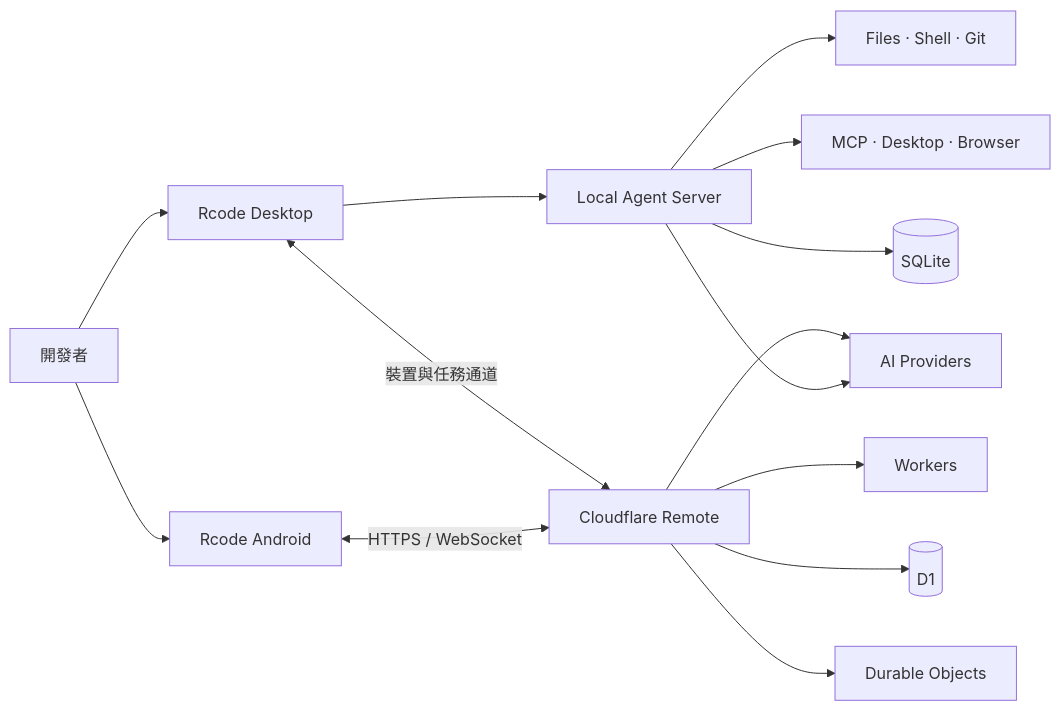
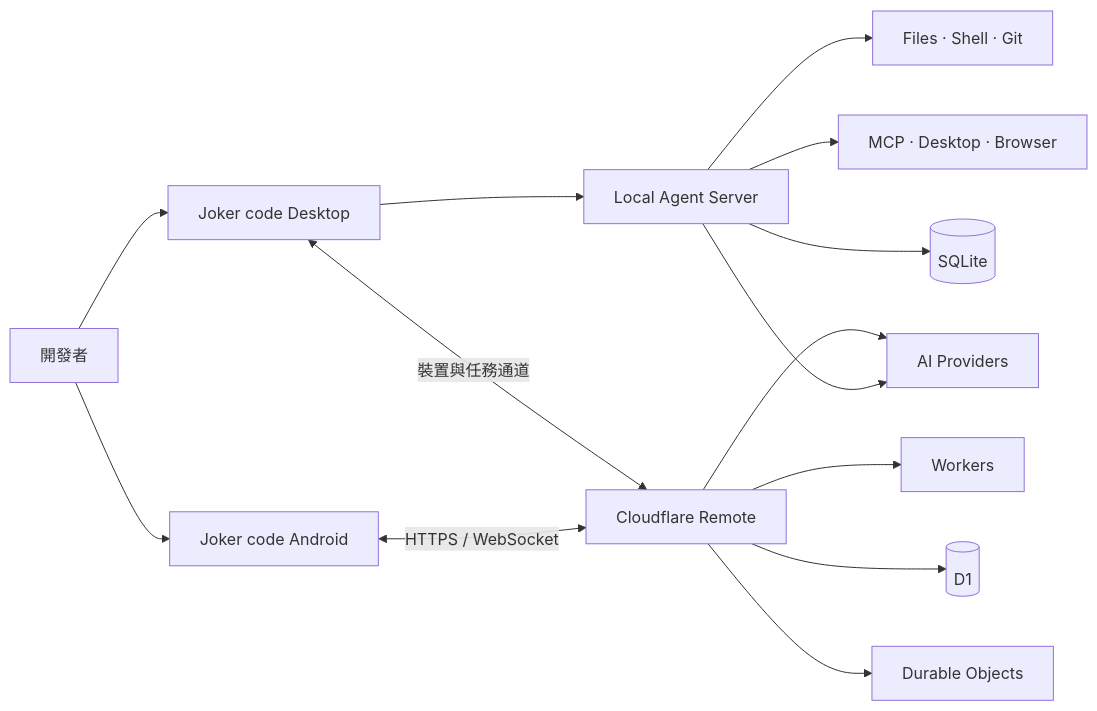
The diagram in README.zh-TW.md (kdczyz/Joker), drawn with Mermaid before and after one commit. The commit also changed other lines of this file and 2372 other files, not shown here.

First line of the commit message:
refactor: rename Rcode → Joker

````diff
--- a/README.zh-TW.md
+++ b/README.zh-TW.md
@@ -53,18 +53,18 @@
 ```mermaid
 flowchart LR
-    U[開發者] --> D[Rcode Desktop]
-    U --> M[Rcode Android]
+    U[開發者] --> D[Joker code Desktop]
+    U --> M[Joker code Android]
 
     D --> A[Local Agent Server]
     A --> P[AI Providers]
     A --> T[Files · Shell · Git]
     A --> X[MCP · Desktop · Browser]
     A --> S[(SQLite)]
 
     M <-->|HTTPS / WebSocket| C[Cloudflare Remote]
     D <-->|裝置與任務通道| C
     C --> W[Workers]
     C --> DB[(D1)]
     C --> DO[Durable Objects]
     C --> P
 ```
````
